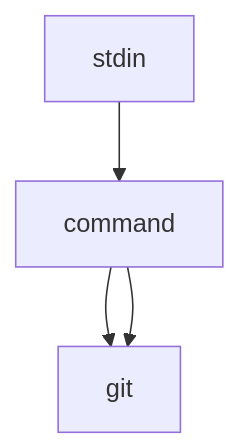
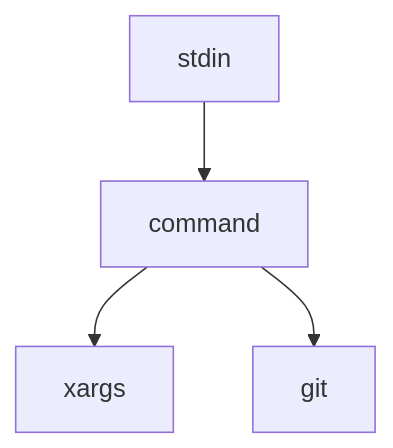
One commit to rangersly/material changed the diagram in tool/markdown.md. Above: the diagram before and after it, drawn with Mermaid.

````diff
--- a/tool/markdown.md
+++ b/tool/markdown.md
@@ -62,6 +62,6 @@
 ```mermaid
 graph TD
     A[stdin] --> B[command]
     B --> C[xargs]
-    B --> C[git]
+    B --> D[git]
 ```
````
